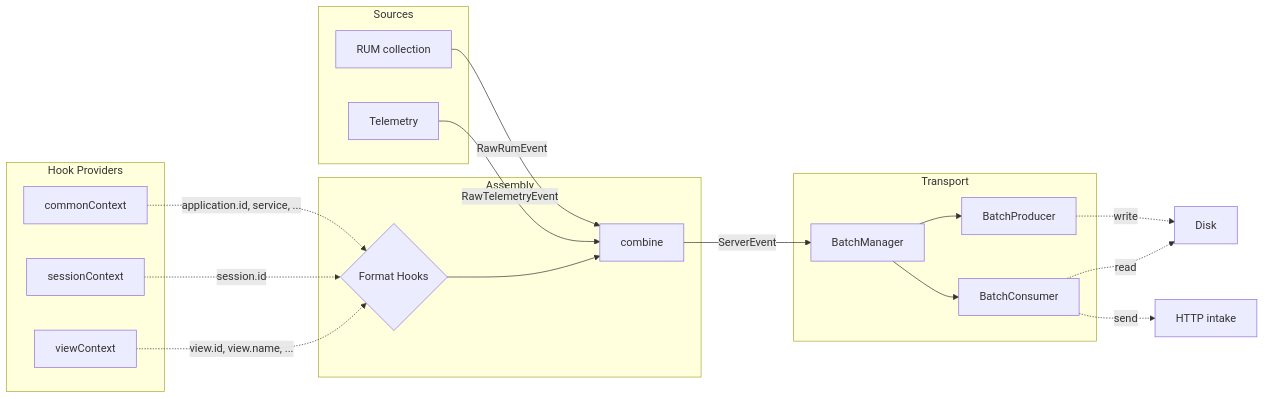
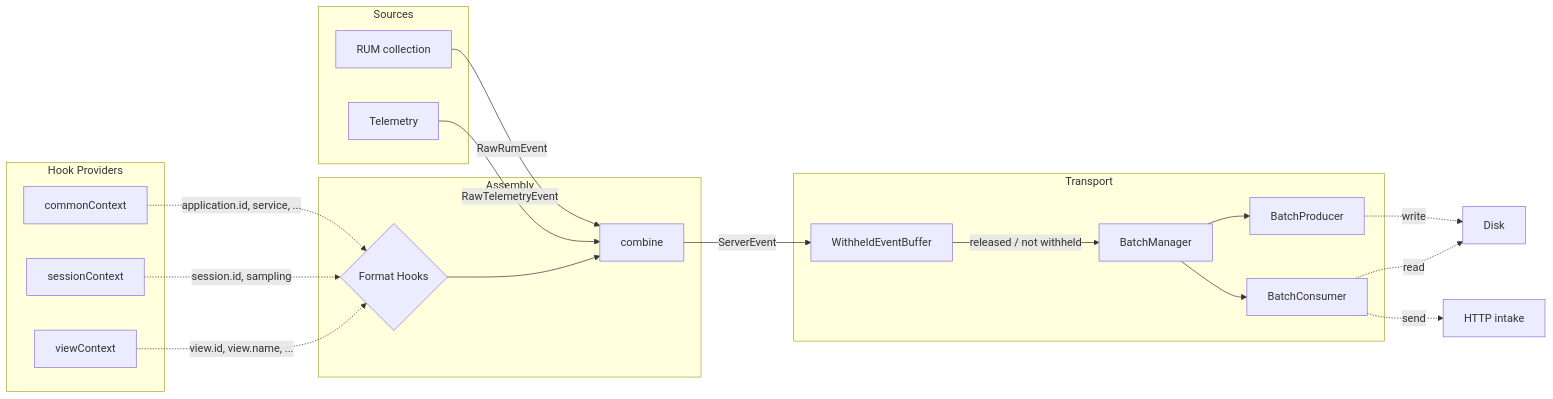
One commit to flashcatcloud/fc-sdk-electron changed the second of 2 diagrams in docs/ARCHITECTURE.md. Above: the diagram before and after it, drawn with Mermaid. The commit also changed other lines of this file and 1 other file, not shown here.

Commit message:
📝 document sessionSampleRate and sessionOnError

````diff
--- a/docs/ARCHITECTURE.md
+++ b/docs/ARCHITECTURE.md
@@ -59,37 +59,39 @@
 ```mermaid
 flowchart LR
     subgraph Sources
         RUM[RUM collection]
         TEL[Telemetry]
     end
 
     subgraph Assembly
         HOOKS{Format Hooks}
         COMBINE[combine]
     end
 
     subgraph "Hook Providers"
         CC[commonContext]
         SC[sessionContext]
         VC[viewContext]
     end
 
     subgraph Transport
+        WB[WithheldEventBuffer]
         BM[BatchManager]
         BP[BatchProducer]
         BC[BatchConsumer]
     end
 
     RUM -- RawRumEvent --> COMBINE
     TEL -- RawTelemetryEvent --> COMBINE
     CC -. "application.id, service, ..." .-> HOOKS
-    SC -. "session.id" .-> HOOKS
+    SC -. "session.id, sampling" .-> HOOKS
     VC -. "view.id, view.name, ..." .-> HOOKS
     HOOKS --> COMBINE
-    COMBINE -- ServerEvent --> BM
+    COMBINE -- ServerEvent --> WB
+    WB -- "released / not withheld" --> BM
     BM --> BP
     BM --> BC
     BP -. "write" .-> DISK[Disk]
     BC -. "read" .-> DISK[Disk]
     BC -. "send" .-> INT[HTTP intake]
 ```
````
